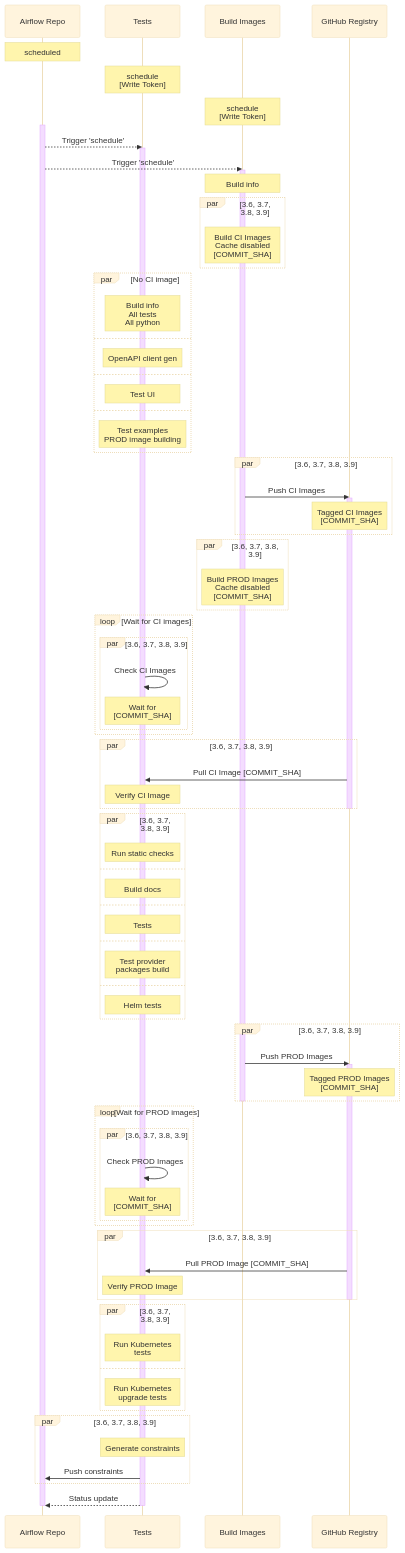
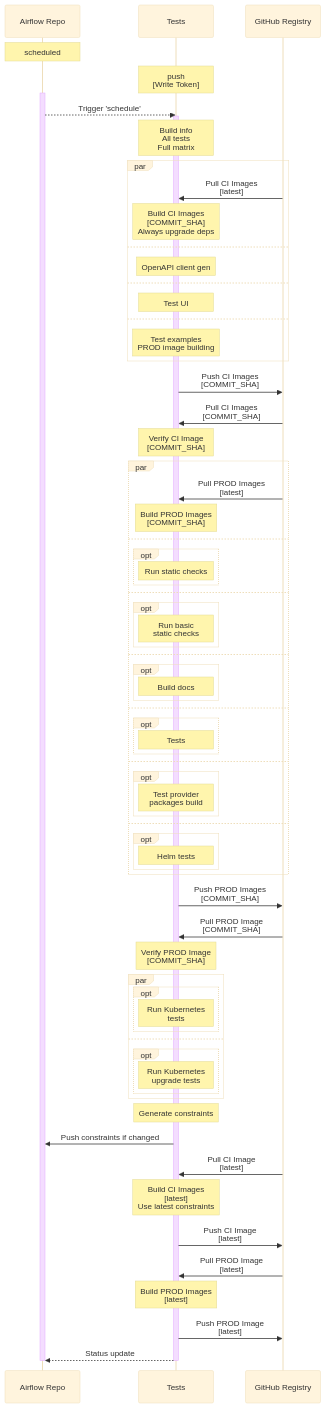
Before and after one commit to GoogleCloudPlatform/composer-airflow: the fourth of 4 diagrams in CI_DIAGRAMS.md, drawn with Mermaid (base theme). The commit also changed other lines of this file and 5 other files, not shown here.

First line of the commit message:
Optimize direct push workflows in GitHub Actions (#22542)

````diff
--- a/CI_DIAGRAMS.md
+++ b/CI_DIAGRAMS.md
@@ -230,19 +266,14 @@
 ```mermaid
 sequenceDiagram
     Note over Airflow Repo: scheduled
-    Note over Tests: schedule<br>[Write Token]
-    Note over Build Images: schedule<br>[Write Token]
+    Note over Tests: push<br>[Write Token]
     activate Airflow Repo
     Airflow Repo -->> Tests: Trigger 'schedule'
     activate Tests
-    Airflow Repo -->> Build Images: Trigger 'schedule'
-    activate Build Images
-    Note over Build Images: Build info
-    par 3.6, 3.7, 3.8, 3.9
-        Note over Build Images: Build CI Images<br>Cache disabled<br>[COMMIT_SHA]
-    end
-    par No CI image
-        Note over Tests: Build info<br>All tests<br>All python
+    Note over Tests: Build info<br>All tests<br>Full matrix
+    par
+        GitHub Registry ->> Tests: Pull CI Images<br>[latest]
+        Note over Tests: Build CI Images<br>[COMMIT_SHA]<br>Always upgrade deps
     and
         Note over Tests: OpenAPI client gen
     and
@@ -250,62 +281,57 @@
     and
         Note over Tests: Test examples<br>PROD image building
     end
-    par 3.6, 3.7, 3.8, 3.9
-        Build Images ->> GitHub Registry: Push CI Images
-        activate GitHub Registry
-        Note over GitHub Registry: Tagged CI Images<br>[COMMIT_SHA]
-    end
-    par 3.6, 3.7, 3.8, 3.9
-        Note over Build Images: Build PROD Images<br>Cache disabled<br>[COMMIT_SHA]
-    end
-    loop Wait for CI images
-        par 3.6, 3.7, 3.8, 3.9
-            Tests ->> Tests: Check CI Images
-            Note over Tests: Wait for<br>[COMMIT_SHA]
+    Tests ->> GitHub Registry: Push CI Images<br>[COMMIT_SHA]
+    GitHub Registry ->> Tests: Pull CI Images<br>[COMMIT_SHA]
+    Note over Tests: Verify CI Image<br>[COMMIT_SHA]
+    par
+        GitHub Registry ->> Tests: Pull PROD Images<br>[latest]
+        Note over Tests: Build PROD Images<br>[COMMIT_SHA]
+    and
+        opt
+            Note over Tests: Run static checks
+        end
+    and
+        opt
+            Note over Tests: Run basic <br>static checks
+        end
+    and
+        opt
+            Note over Tests: Build docs
+        end
+    and
+        opt
+            Note over Tests: Tests
+        end
+    and
+        opt
+            Note over Tests: Test provider <br>packages build
+        end
+    and
+        opt
+            Note over Tests: Helm tests
         end
     end
-    par 3.6, 3.7, 3.8, 3.9
-        GitHub Registry ->> Tests: Pull CI Image [COMMIT_SHA]
-        Note over Tests: Verify CI Image
-    end
-    deactivate GitHub Registry
-    par 3.6, 3.7, 3.8, 3.9
-        Note over Tests: Run static checks
+    Tests ->> GitHub Registry: Push PROD Images<br>[COMMIT_SHA]
+    GitHub Registry ->> Tests: Pull PROD Image<br>[COMMIT_SHA]
+    Note over Tests: Verify PROD Image<br>[COMMIT_SHA]
+    par
+        opt
+            Note over Tests: Run Kubernetes <br>tests
+        end
     and
-        Note over Tests: Build docs
-    and
-        Note over Tests: Tests
-    and
-        Note over Tests: Test provider <br>packages build
-    and
-        Note over Tests: Helm tests
-    end
-    par 3.6, 3.7, 3.8, 3.9
-        Build Images ->> GitHub Registry: Push PROD Images
-        activate GitHub Registry
-        Note over GitHub Registry: Tagged PROD Images<br>[COMMIT_SHA]
-    end
-    deactivate Build Images
-    loop Wait for PROD images
-        par 3.6, 3.7, 3.8, 3.9
-            Tests ->> Tests: Check PROD Images
-            Note over Tests: Wait for<br>[COMMIT_SHA]
+        opt
+            Note over Tests: Run Kubernetes <br>upgrade tests
         end
     end
-    par 3.6, 3.7, 3.8, 3.9
-        GitHub Registry ->> Tests: Pull PROD Image [COMMIT_SHA]
-        Note over Tests: Verify PROD Image
-    end
-    deactivate GitHub Registry
-    par 3.6, 3.7, 3.8, 3.9
-        Note over Tests: Run Kubernetes <br>tests
-    and
-        Note over Tests: Run Kubernetes <br>upgrade tests
-    end
-    par 3.6, 3.7, 3.8, 3.9
-        Note over Tests: Generate constraints
-        Tests ->> Airflow Repo: Push constraints
-    end
+    Note over Tests: Generate constraints
+    Tests ->> Airflow Repo: Push constraints if changed
+    GitHub Registry ->> Tests: Pull CI Image<br>[latest]
+    Note over Tests: Build CI Images<br>[latest]<br>Use latest constraints
+    Tests ->> GitHub Registry: Push CI Image<br>[latest]
+    GitHub Registry ->> Tests: Pull PROD Image<br>[latest]
+    Note over Tests: Build PROD Images<br>[latest]
+    Tests ->> GitHub Registry: Push PROD Image<br>[latest]
     Tests -->> Airflow Repo: Status update
     deactivate Airflow Repo
     deactivate Tests
````
